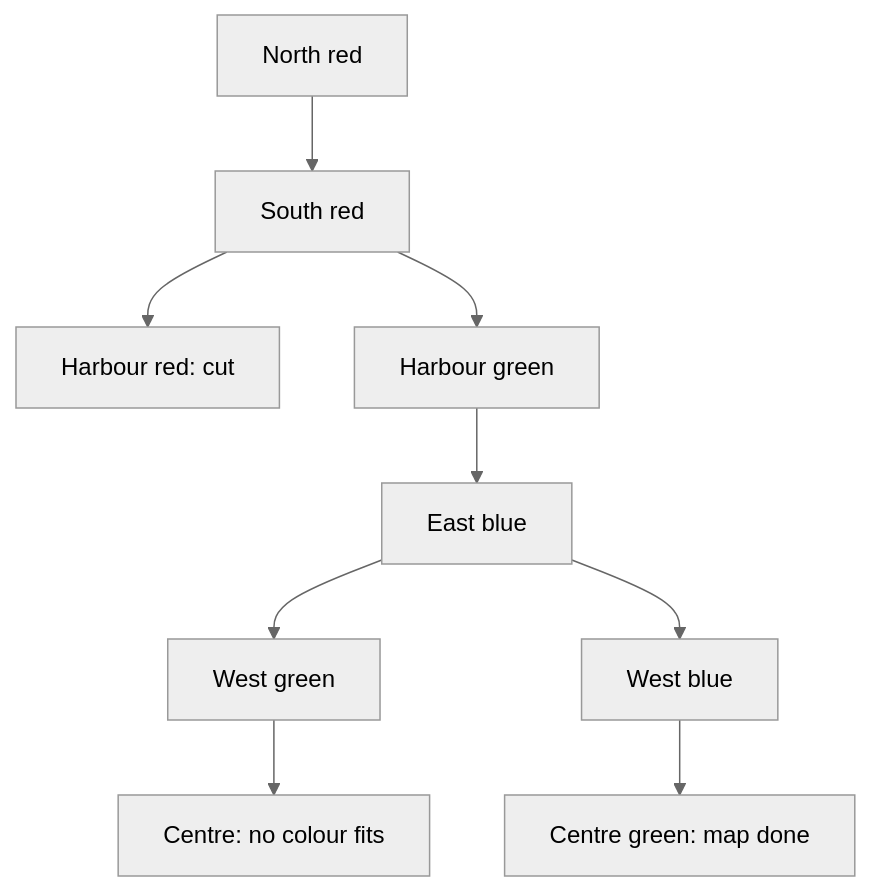
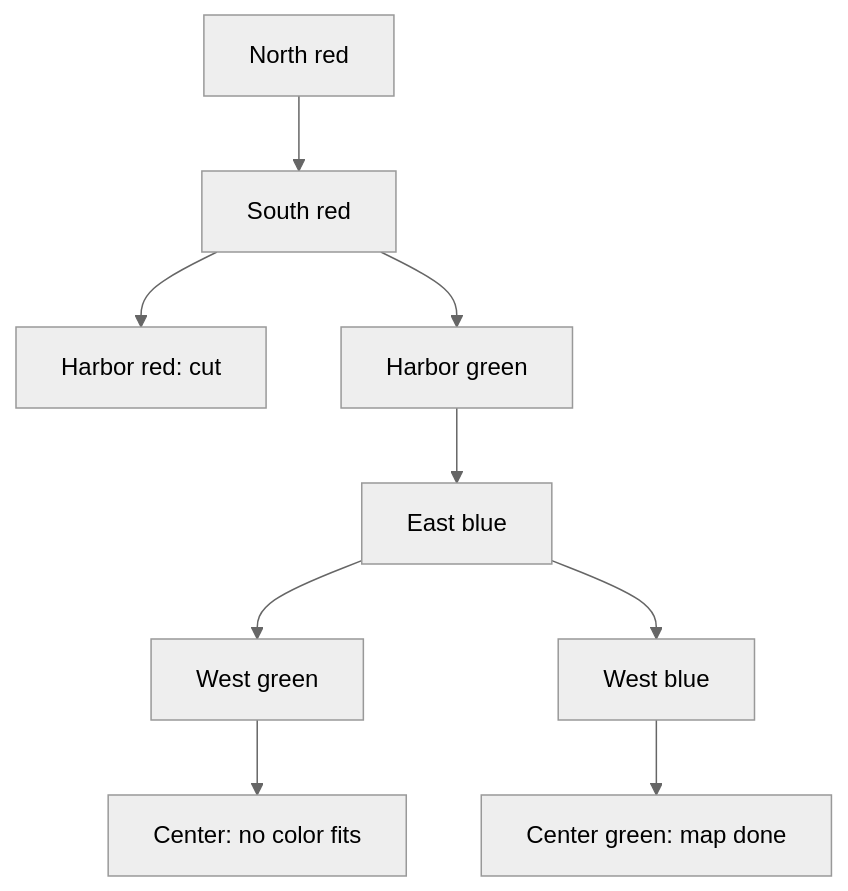
One commit to bkuberek/coding-study changed the diagram in guides/backtracking/guide.md. Above: the diagram before and after it, drawn with Mermaid (neutral theme). The commit also changed other lines of this file and 116 other files, not shown here.

````diff
--- a/guides/backtracking/guide.md
+++ b/guides/backtracking/guide.md
@@ -167,13 +167,13 @@
 ```mermaid
 flowchart TD
-  accTitle: The search tree of the map colouring, with its cuts and its dead end
-  accDescr: North takes red, then South takes red. Harbour red clashes with South and is cut; Harbour takes green. East takes blue, after red and green are cut. West green leads to a dead end, because no colour fits Centre, so the search undoes it. West blue lets Centre take green, which completes the map.
+  accTitle: The search tree of the map coloring, with its cuts and its dead end
+  accDescr: North takes red, then South takes red. Harbor red clashes with South and is cut; Harbor takes green. East takes blue, after red and green are cut. West green leads to a dead end, because no color fits Center, so the search undoes it. West blue lets Center take green, which completes the map.
   n["North red"] --> s["South red"]
-  s --> h1["Harbour red: cut"]
-  s --> h2["Harbour green"]
+  s --> h1["Harbor red: cut"]
+  s --> h2["Harbor green"]
   h2 --> e["East blue"]
   e --> w1["West green"]
   e --> w2["West blue"]
-  w1 --> dead["Centre: no colour fits"]
-  w2 --> done["Centre green: map done"]
+  w1 --> dead["Center: no color fits"]
+  w2 --> done["Center green: map done"]
 ```
````
